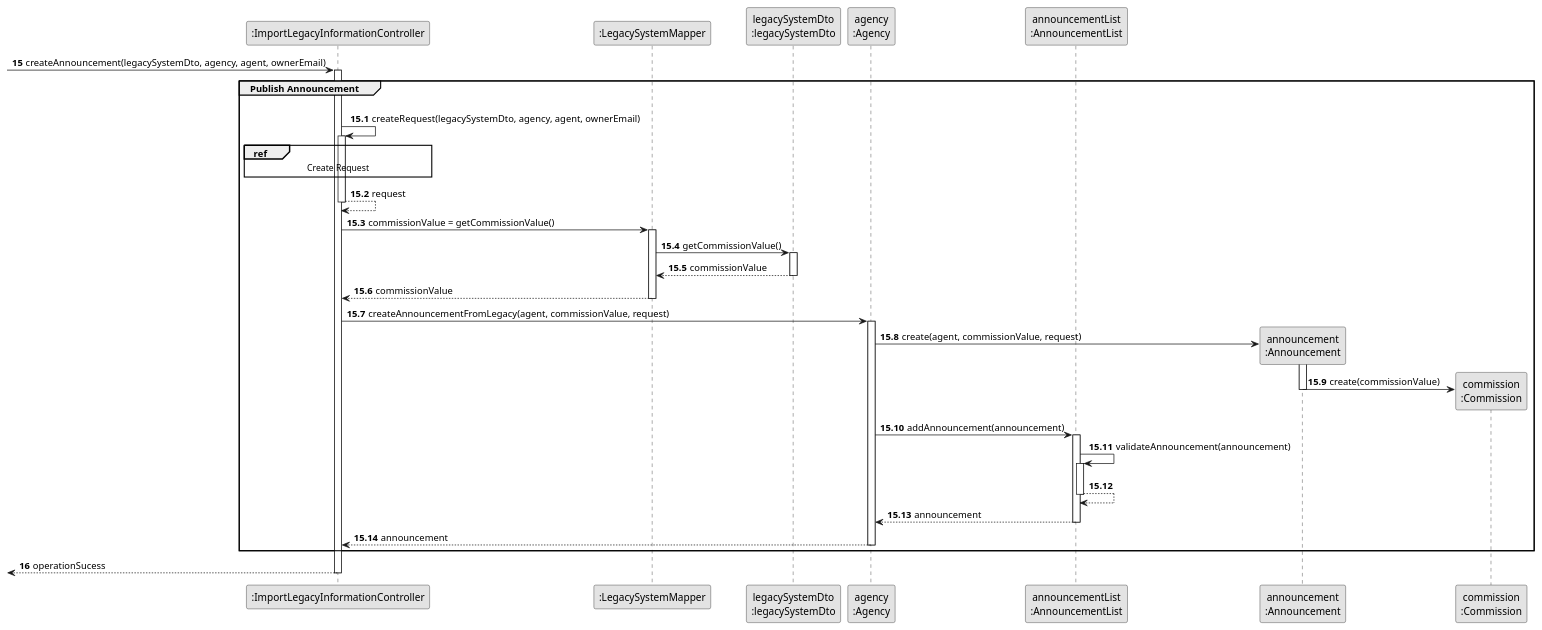
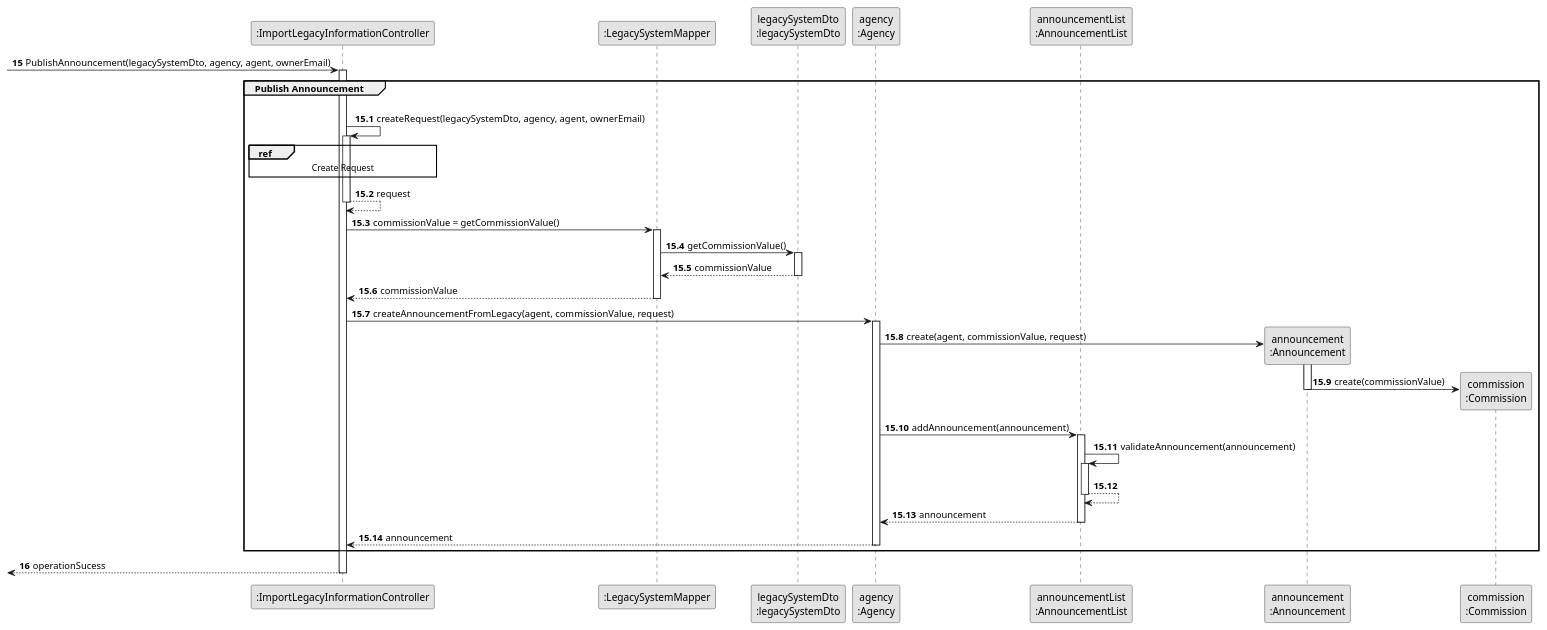
One commit to rita-barbosa/LAPR2-2223 changed the diagram in docs/sprintC/us012/03.design/puml/us012-sequence-diagram-partial-publish-announcement.puml. Above: the diagram before and after it, drawn with PlantUML.

Commit message:
Publish Announcement split SD update [US012] [Design]

```diff
--- a/docs/sprintC/us012/03.design/puml/us012-sequence-diagram-partial-publish-announcement.puml
+++ b/docs/sprintC/us012/03.design/puml/us012-sequence-diagram-partial-publish-announcement.puml
@@ -1,78 +1,78 @@
 @startuml
 skinparam monochrome true
 skinparam packageStyle rectangle
 skinparam shANNOUNCEowing false\
 
 participant ":ImportLegacyInformationController" as CTRL
 participant ":LegacySystemMapper" as MAPPER
 participant "legacySystemDto\n:legacySystemDto" as DTO
 participant "agency\n:Agency" as AGENCY
 participant "announcementList\n:AnnouncementList" as LIST
 participant "announcement\n:Announcement" as ANNOUNCE
 participant "commission\n:Commission" as COMMISSION
 
     'MUDAR O AUTONUMBER
 
     autonumber 15
 
-     -> CTRL : createAnnouncement(legacySystemDto, agency, agent, ownerEmail)
+     -> CTRL : PublishAnnouncement(legacySystemDto, agency, agent, ownerEmail)
     activate CTRL
 
     autonumber 15.1
 
     group Publish Announcement
 
     |||
     CTRL -> CTRL : createRequest(legacySystemDto, agency, agent, ownerEmail)
     activate CTRL
 
     ref over CTRL
         Create Request
     end ref
 
         CTRL --> CTRL : request
     deactivate CTRL
 
     CTRL -> MAPPER : commissionValue = getCommissionValue()
     activate MAPPER
 
         MAPPER -> DTO : getCommissionValue()
         activate DTO
 
             DTO --> MAPPER : commissionValue
         deactivate DTO
 
         MAPPER --> CTRL : commissionValue
     deactivate MAPPER
 
     CTRL -> AGENCY : createAnnouncementFromLegacy(agent, commissionValue, request)
     activate AGENCY
 
         AGENCY -> ANNOUNCE**: create(agent, commissionValue, request)
         activate ANNOUNCE
 
         ANNOUNCE -> COMMISSION** : create(commissionValue)
      deactivate ANNOUNCE
 
     AGENCY -> LIST: addAnnouncement(announcement)
     activate LIST
 
         LIST -> LIST: validateAnnouncement(announcement)
         activate LIST
             LIST --> LIST
         deactivate LIST
 
         LIST --> AGENCY : announcement
     deactivate LIST
 
         AGENCY --> CTRL : announcement
     deactivate  AGENCY
 
     end group
 
 autonumber 16
 
     <-- CTRL : operationSucess
     deactivate CTRL
 
 @enduml
```
